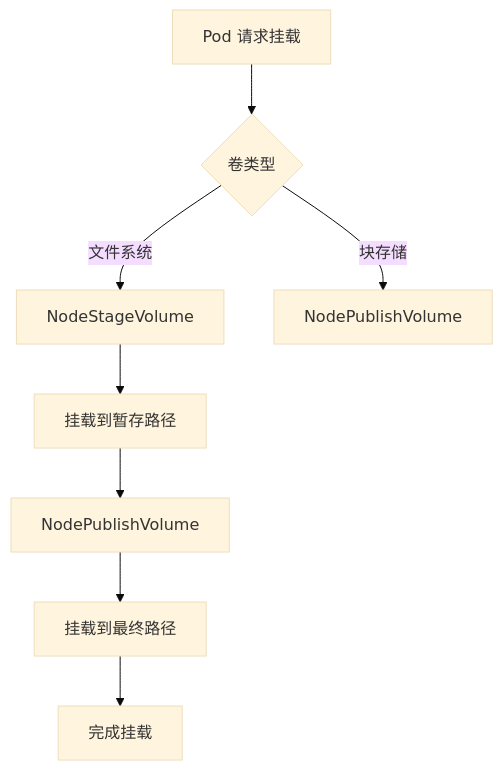
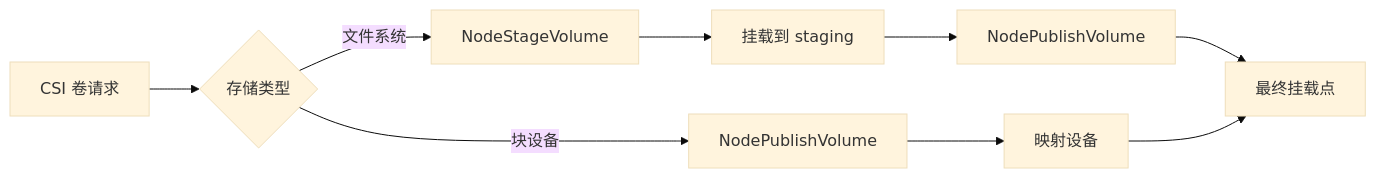
One commit to mjczz/k8s-vitepress changed the third of 4 diagrams in docs/deep-dive/csi-driver-deep-dive.md. Above: the diagram before and after it, drawn with Mermaid (base theme). The commit also changed other lines of this file and 5 other files, not shown here.

````diff
--- a/docs/deep-dive/csi-driver-deep-dive.md
+++ b/docs/deep-dive/csi-driver-deep-dive.md
@@ -54,10 +181,11 @@
 ```mermaid
-flowchart TD
-    A[Pod 请求挂载] --> B{卷类型}
+flowchart LR
+    A[CSI 卷请求] --> B{存储类型}
     B -->|文件系统| C[NodeStageVolume]
-    B -->|块存储| D[NodePublishVolume]
-    C --> E[挂载到暂存路径]
+    B -->|块设备| D[NodePublishVolume]
+    C --> E[挂载到 staging]
     E --> F[NodePublishVolume]
-    F --> G[挂载到最终路径]
-    G --> H[完成挂载]
+    D --> G[映射设备]
+    F --> H[最终挂载点]
+    G --> H
 ```
````
